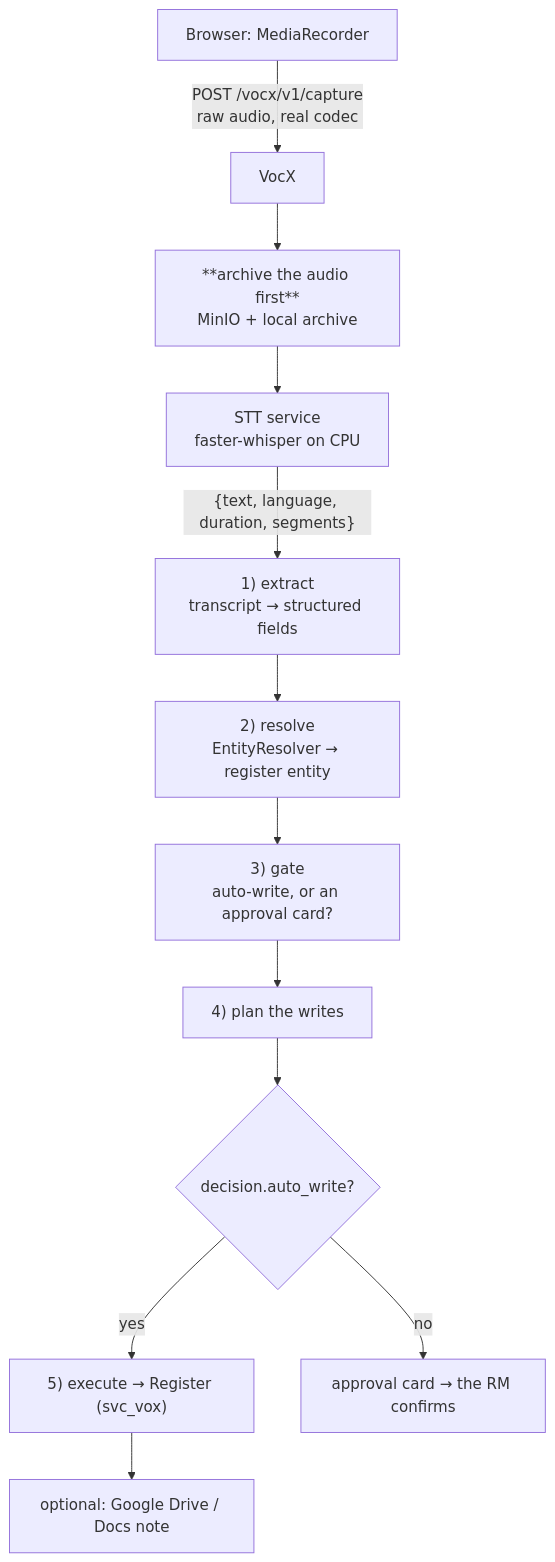
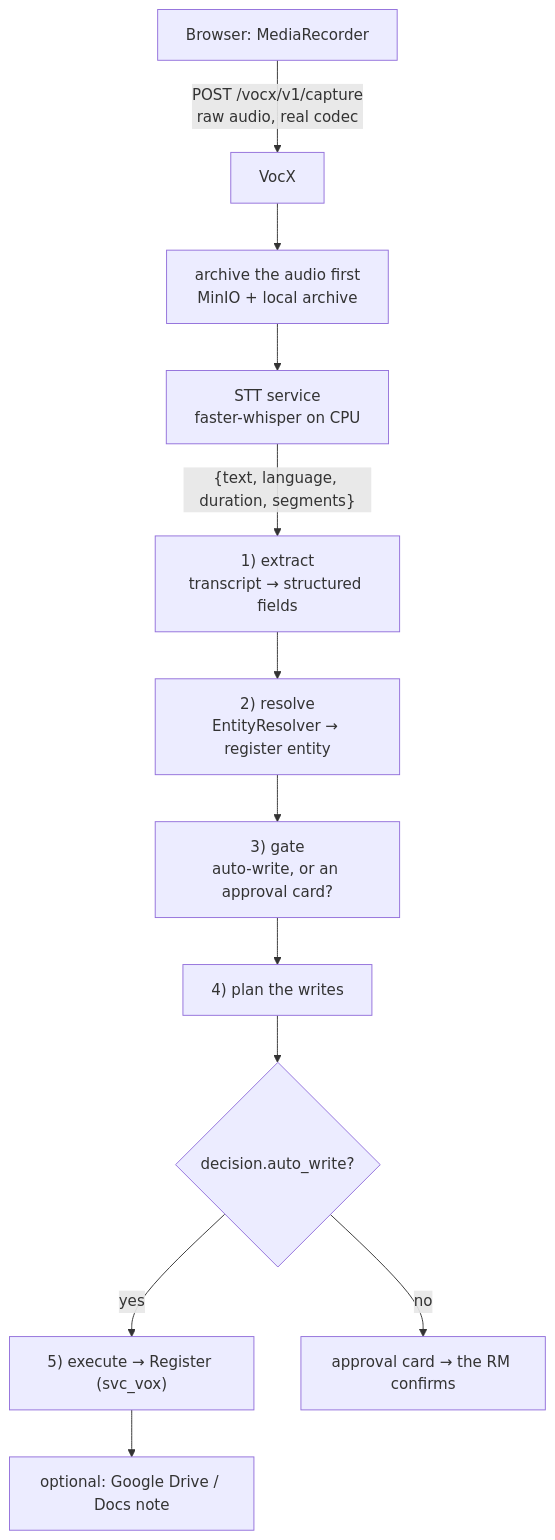
One commit to shashikanth-vh/vox changed the first of 2 diagrams in docs/handbook/12-VOCX-STT.md. Above: the diagram before and after it, drawn with Mermaid. The commit also changed 11 other files, not shown here.

````diff
--- a/docs/handbook/12-VOCX-STT.md
+++ b/docs/handbook/12-VOCX-STT.md
@@ -27,14 +27,14 @@
 ```mermaid
 flowchart TB
     B["Browser: MediaRecorder"] -->|"POST /vocx/v1/capture<br/>raw audio, real codec"| V["VocX"]
-    V --> AR["**archive the audio first**<br/>MinIO + local archive"]
+    V --> AR["archive the audio first<br/>MinIO + local archive"]
     AR --> S["STT service<br/>faster-whisper on CPU"]
     S -->|"{text, language, duration, segments}"| E["1) extract<br/>transcript → structured fields"]
     E --> R["2) resolve<br/>EntityResolver → register entity"]
     R --> G["3) gate<br/>auto-write, or an approval card?"]
     G --> P["4) plan the writes"]
     P --> X{"decision.auto_write?"}
     X -->|yes| W["5) execute → Register (svc_vox)"]
     X -->|no| C["approval card → the RM confirms"]
     W --> GO["optional: Google Drive / Docs note"]
 ```
````
